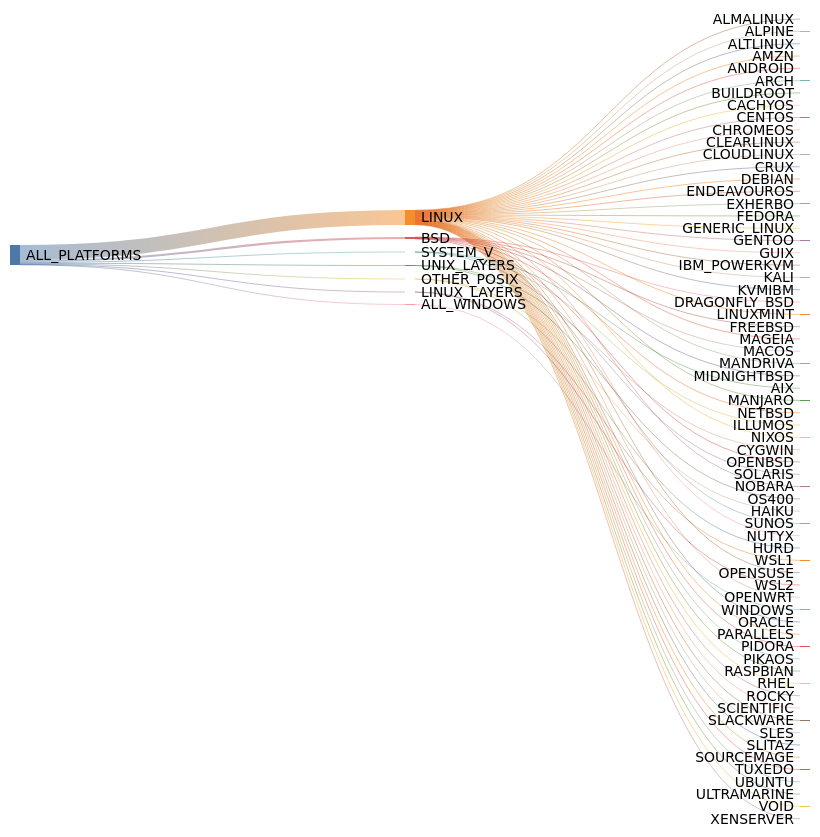
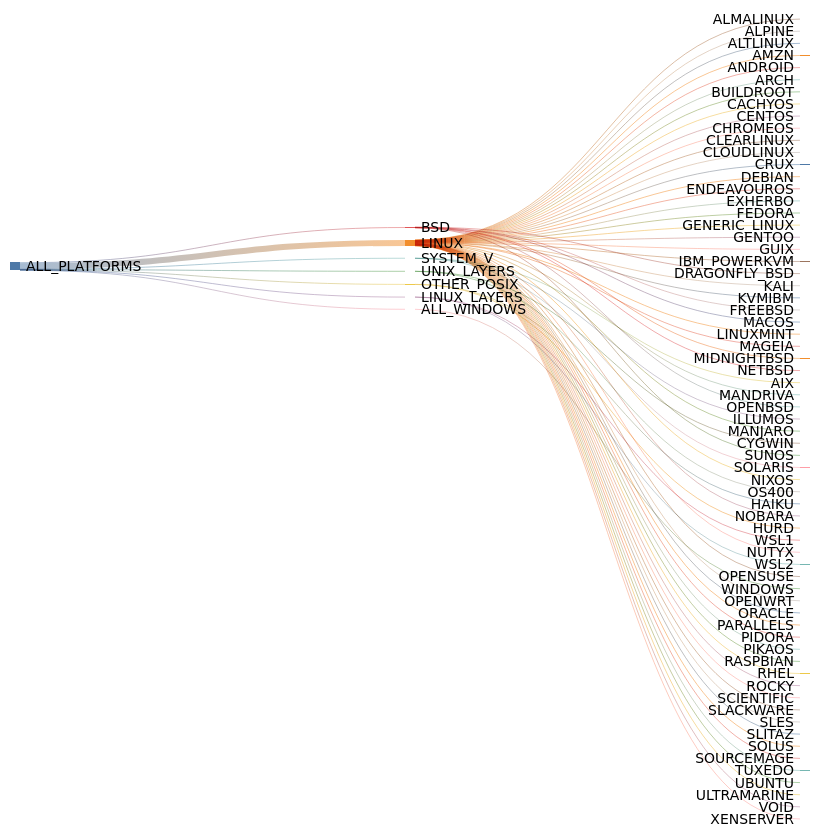
Before and after one commit to kdeldycke/extra-platforms: the first of 2 diagrams in docs/platforms.md, drawn with Mermaid (neutral theme). The commit also changed other lines of this file and 10 other files, not shown here.

````diff
--- a/docs/platforms.md
+++ b/docs/platforms.md
@@ -203,80 +204,81 @@
 ```mermaid
 ---
 config: {"sankey": {"showValues": false, "width": 800, "height": 800}}
 ---
 sankey-beta
 
-ALL_PLATFORMS,LINUX,49
+ALL_PLATFORMS,LINUX,50
 ALL_PLATFORMS,BSD,7
 ALL_PLATFORMS,SYSTEM_V,3
 ALL_PLATFORMS,UNIX_LAYERS,2
 ALL_PLATFORMS,OTHER_POSIX,2
 ALL_PLATFORMS,LINUX_LAYERS,2
 ALL_PLATFORMS,ALL_WINDOWS,1
 LINUX,ALMALINUX,1
 LINUX,ALPINE,1
 LINUX,ALTLINUX,1
 LINUX,AMZN,1
 LINUX,ANDROID,1
 LINUX,ARCH,1
 LINUX,BUILDROOT,1
 LINUX,CACHYOS,1
 LINUX,CENTOS,1
 LINUX,CHROMEOS,1
 LINUX,CLEARLINUX,1
 LINUX,CLOUDLINUX,1
 LINUX,CRUX,1
 LINUX,DEBIAN,1
 LINUX,ENDEAVOUROS,1
 LINUX,EXHERBO,1
 LINUX,FEDORA,1
 LINUX,GENERIC_LINUX,1
 LINUX,GENTOO,1
 LINUX,GUIX,1
 LINUX,IBM_POWERKVM,1
 LINUX,KALI,1
 LINUX,KVMIBM,1
 LINUX,LINUXMINT,1
 LINUX,MAGEIA,1
 LINUX,MANDRIVA,1
 LINUX,MANJARO,1
 LINUX,NIXOS,1
 LINUX,NOBARA,1
 LINUX,NUTYX,1
 LINUX,OPENSUSE,1
 LINUX,OPENWRT,1
 LINUX,ORACLE,1
 LINUX,PARALLELS,1
 LINUX,PIDORA,1
 LINUX,PIKAOS,1
 LINUX,RASPBIAN,1
 LINUX,RHEL,1
 LINUX,ROCKY,1
 LINUX,SCIENTIFIC,1
 LINUX,SLACKWARE,1
 LINUX,SLES,1
 LINUX,SLITAZ,1
+LINUX,SOLUS,1
 LINUX,SOURCEMAGE,1
 LINUX,TUXEDO,1
 LINUX,UBUNTU,1
 LINUX,ULTRAMARINE,1
 LINUX,VOID,1
 LINUX,XENSERVER,1
 BSD,DRAGONFLY_BSD,1
 BSD,FREEBSD,1
 BSD,MACOS,1
 BSD,MIDNIGHTBSD,1
 BSD,NETBSD,1
 BSD,OPENBSD,1
 BSD,SUNOS,1
 SYSTEM_V,AIX,1
 SYSTEM_V,ILLUMOS,1
 SYSTEM_V,SOLARIS,1
 UNIX_LAYERS,CYGWIN,1
 UNIX_LAYERS,OS400,1
 OTHER_POSIX,HAIKU,1
 OTHER_POSIX,HURD,1
 LINUX_LAYERS,WSL1,1
 LINUX_LAYERS,WSL2,1
 ALL_WINDOWS,WINDOWS,1
 ```
````
